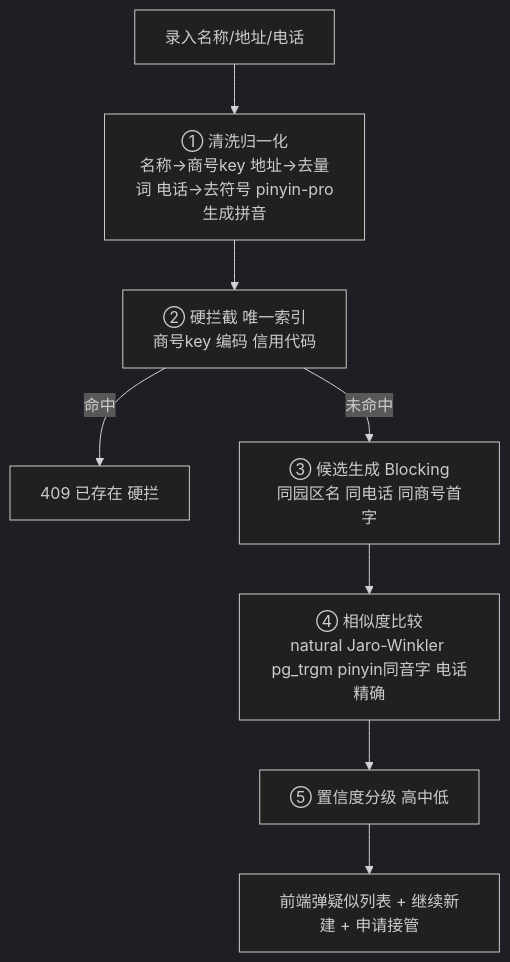
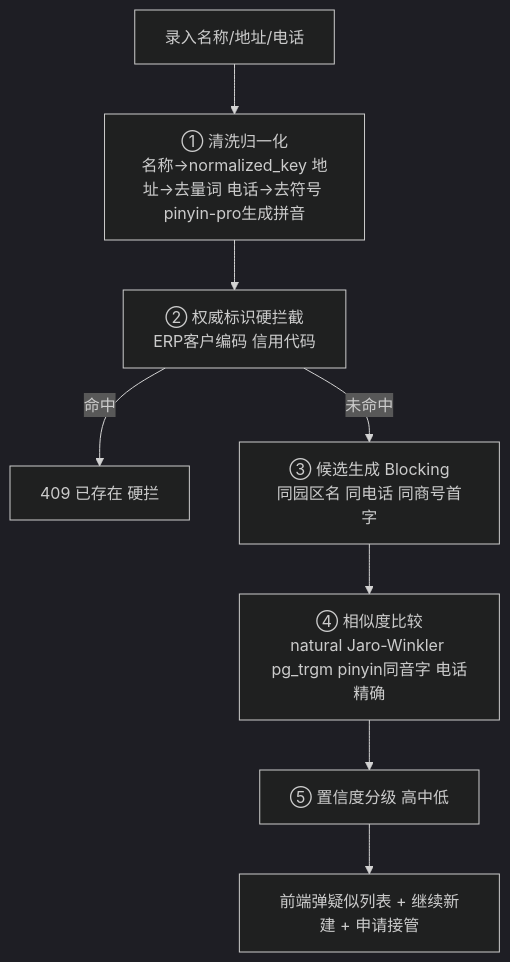
Before and after one commit to lixiname/LITECRM: the eighth of 26 diagrams in docs/重构架构决策与实施蓝图.md, drawn with Mermaid (dark theme). The commit also changed other lines of this file and 8 other files, not shown here.

````diff
--- a/docs/重构架构决策与实施蓝图.md
+++ b/docs/重构架构决策与实施蓝图.md
@@ -755,10 +806,10 @@
 ```mermaid
 flowchart TD
-    A[录入名称/地址/电话] --> B[① 清洗归一化<br/>名称→商号key 地址→去量词 电话→去符号 pinyin-pro生成拼音]
-    B --> C[② 硬拦截 唯一索引<br/>商号key 编码 信用代码]
+    A[录入名称/地址/电话] --> B[① 清洗归一化<br/>名称→normalized_key 地址→去量词 电话→去符号 pinyin-pro生成拼音]
+    B --> C[② 权威标识硬拦截<br/>ERP客户编码 信用代码]
     C -->|命中| D[409 已存在 硬拦]
     C -->|未命中| E[③ 候选生成 Blocking<br/>同园区名 同电话 同商号首字]
     E --> F[④ 相似度比较<br/>natural Jaro-Winkler pg_trgm pinyin同音字 电话精确]
     F --> G[⑤ 置信度分级 高中低]
     G --> H[前端弹疑似列表 + 继续新建 + 申请接管]
 ```
````
